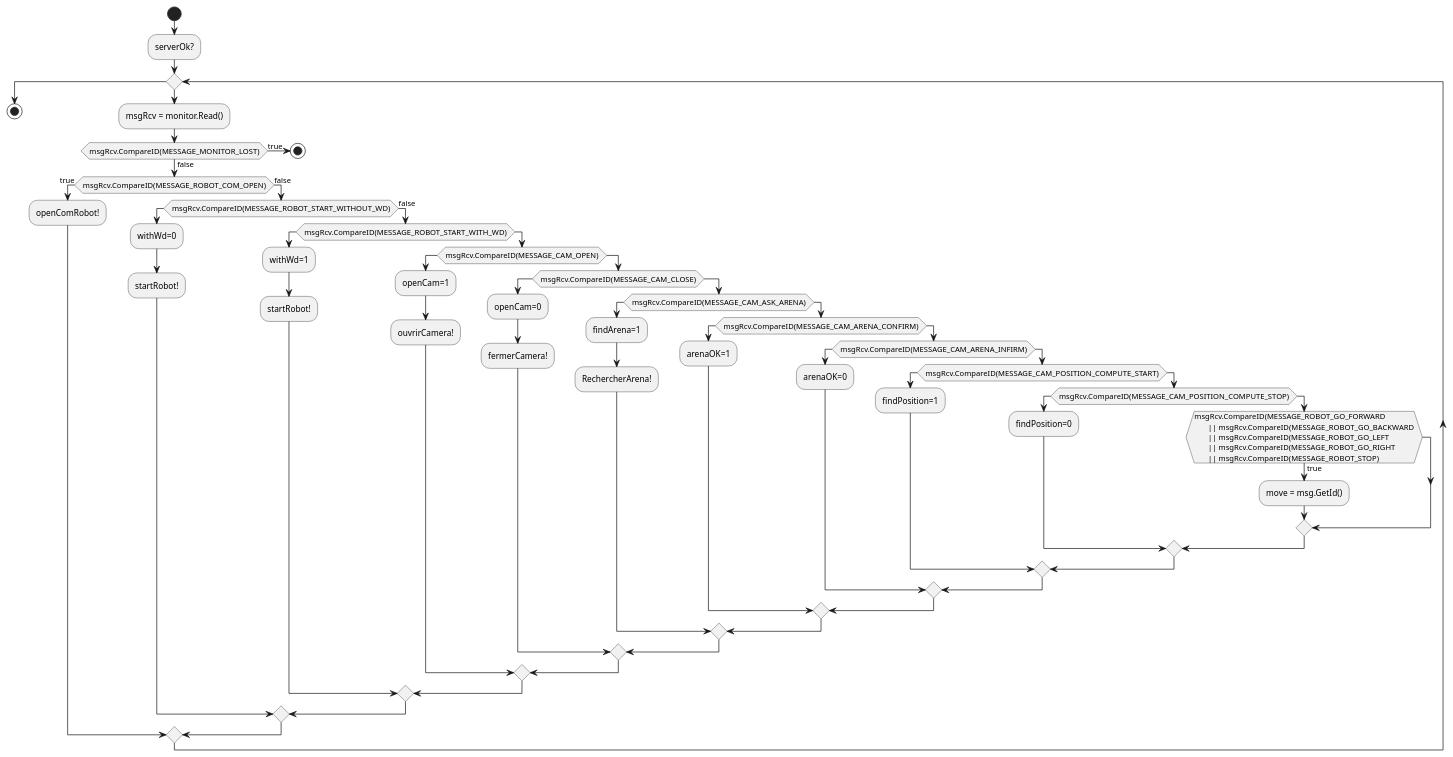
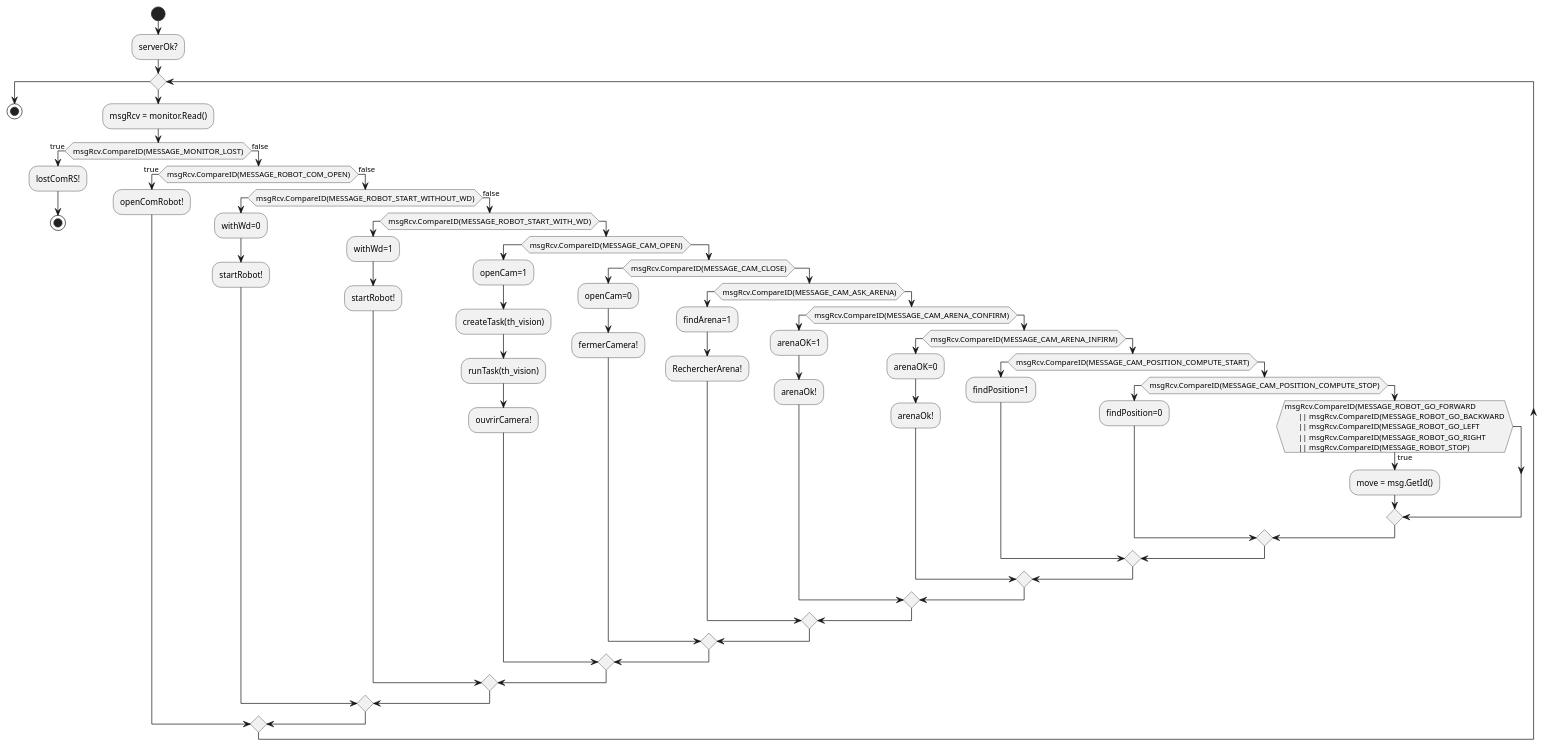
One commit to dotsumae/TP-temps-reel changed the diagram in modele/diagrammes d'activite/sources UML/3 : th_receiveFromMon.plantuml. Above: the diagram before and after it, drawn with PlantUML.

Commit message:
Update 3 : th_receiveFromMon.plantuml

```diff
--- a/modele/diagrammes d'activite/sources UML/3 : th_receiveFromMon.plantuml
+++ b/modele/diagrammes d'activite/sources UML/3 : th_receiveFromMon.plantuml
@@ -1,66 +1,71 @@
 @startuml
 skinparam monochrome true
 start
 :serverOk?;
 while()
   :msgRcv = monitor.Read();
   if (msgRcv.CompareID(MESSAGE_MONITOR_LOST)) then (true)
+  :lostComRS!;
    stop
   else (false)
    if (msgRcv.CompareID(MESSAGE_ROBOT_COM_OPEN)) then (true)
     :openComRobot!;
    else (false)
     if (msgRcv.CompareID(MESSAGE_ROBOT_START_WITHOUT_WD))
      :withWd=0; 
      :startRobot!;
     else (false)
      if (msgRcv.CompareID(MESSAGE_ROBOT_START_WITH_WD))
       :withWd=1;
       :startRobot!;
      else
       if (msgRcv.CompareID(MESSAGE_CAM_OPEN))
       :openCam=1;
+      :createTask(th_vision);
+      :runTask(th_vision);
       :ouvrirCamera!;
       else 
        if (msgRcv.CompareID(MESSAGE_CAM_CLOSE))
         :openCam=0;
         :fermerCamera!;
        else 
         if (msgRcv.CompareID(MESSAGE_CAM_ASK_ARENA))
          :findArena=1;
          :RechercherArena!;
         else 
          if (msgRcv.CompareID(MESSAGE_CAM_ARENA_CONFIRM))
           :arenaOK=1;
+          :arenaOk!; 
          else 
           if (msgRcv.CompareID(MESSAGE_CAM_ARENA_INFIRM))
            :arenaOK=0;
+           :arenaOk!; 
           else
            if (msgRcv.CompareID(MESSAGE_CAM_POSITION_COMPUTE_START))
             :findPosition=1; 
            else 
             if (msgRcv.CompareID(MESSAGE_CAM_POSITION_COMPUTE_STOP))
              :findPosition=0; 
            else 
 
       if (msgRcv.CompareID(MESSAGE_ROBOT_GO_FORWARD
        || msgRcv.CompareID(MESSAGE_ROBOT_GO_BACKWARD
        || msgRcv.CompareID(MESSAGE_ROBOT_GO_LEFT
        || msgRcv.CompareID(MESSAGE_ROBOT_GO_RIGHT
        || msgRcv.CompareID(MESSAGE_ROBOT_STOP)) then (true)
        :move = msg.GetId();
              endif
             endif
            endif
           endif 
          endif
         endif
        endif
       endif
      endif    
     endif
    endif
   endif
 endwhile
 stop
 @enduml
```
